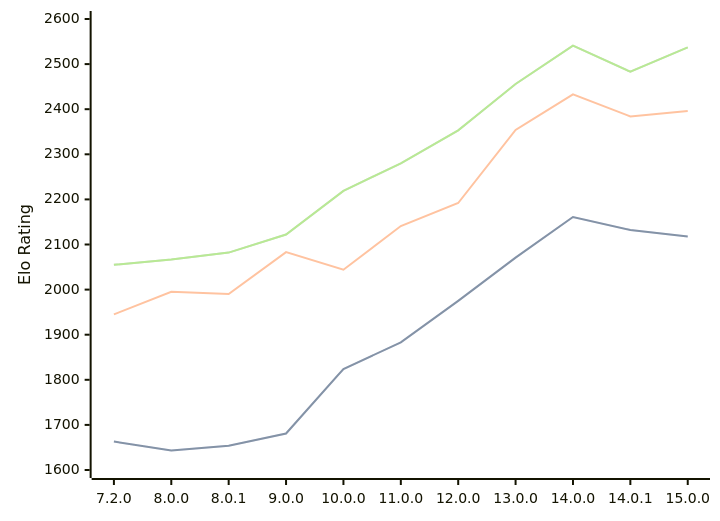
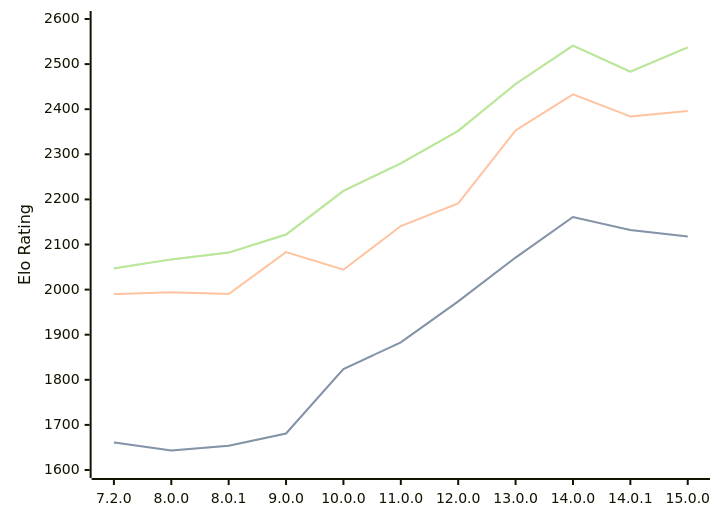
The diagram in engines/Cepimetheus.md (computer-chess-index/cci), drawn with Mermaid before and after one commit. The commit also changed other lines of this file, not shown here.

Commit message:
Update CCI Ratings (ELO VLTC) - 2026-08-28

````diff
--- a/engines/Cepimetheus.md
+++ b/engines/Cepimetheus.md
@@ -66,11 +66,11 @@
 ```mermaid
 %%{init: {"theme":"base","themeVariables":{"seriesColors:['#a3a3a3','#222221','#faa371']}}}%%
 xychart-beta
   x-axis ["7.2.0", "8.0.0", "8.0.1", "9.0.0", "10.0.0", "11.0.0", "12.0.0", "13.0.0", "14.0.0", "14.0.1", "15.0.0"]
   y-axis "Elo Rating" 1600 --> 2600
-  line "" [1663, 1643, 1654, 1681, 1824, 1883, 1975, 2071, 2161, 2132, 2118]
-  line "STC (8.0+0.08s)" [1663, 1643, 1654, 1681, 1824, 1883, 1975, 2071, 2161, 2132, 2118]
-  line "LTC (60.0+0.60s)" [1945, 1995, 1990, 2083, 2044, 2141, 2192, 2354, 2433, 2384, 2396]
-  line "" [2055, 2067, 2082, 2122, 2219, 2280, 2353, 2456, 2541, 2483, 2537]
-  line "VLTC (2m24s+1.12s)" [2055, 2067, 2082, 2122, 2219, 2280, 2353, 2456, 2541, 2483, 2537]
+  line "" [1661, 1643, 1654, 1681, 1824, 1883, 1974, 2071, 2161, 2132, 2118]
+  line "STC (8.0+0.08s)" [1661, 1643, 1654, 1681, 1824, 1883, 1974, 2071, 2161, 2132, 2118]
+  line "LTC (60.0+0.60s)" [1990, 1994, 1990, 2083, 2044, 2141, 2191, 2353, 2433, 2384, 2396]
+  line "" [2047, 2067, 2082, 2122, 2219, 2280, 2352, 2456, 2541, 2483, 2537]
+  line "VLTC (2m24s+1.12s)" [2047, 2067, 2082, 2122, 2219, 2280, 2352, 2456, 2541, 2483, 2537]
 ```
````
